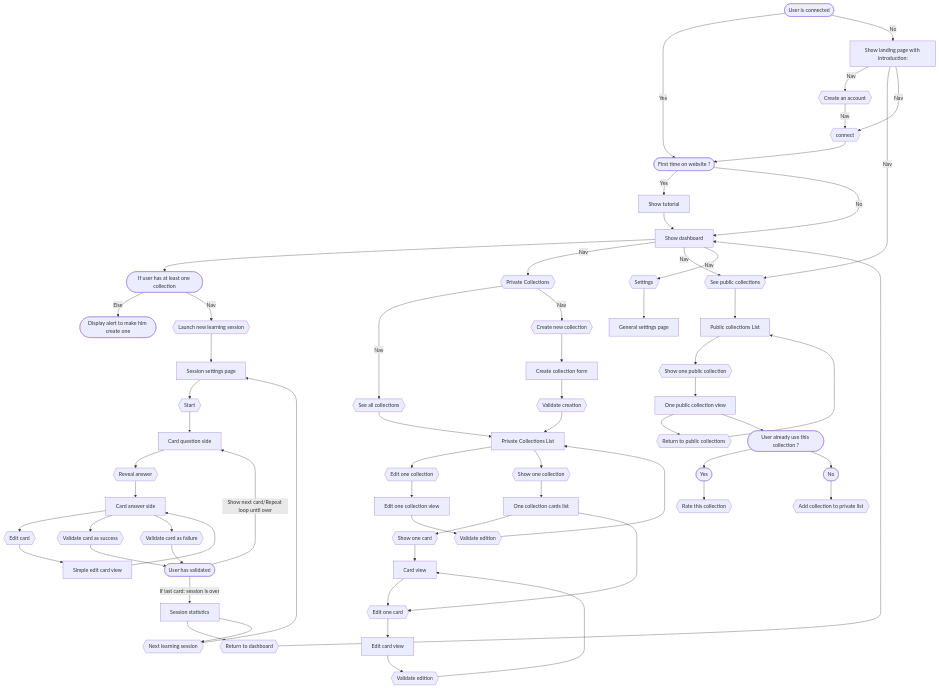
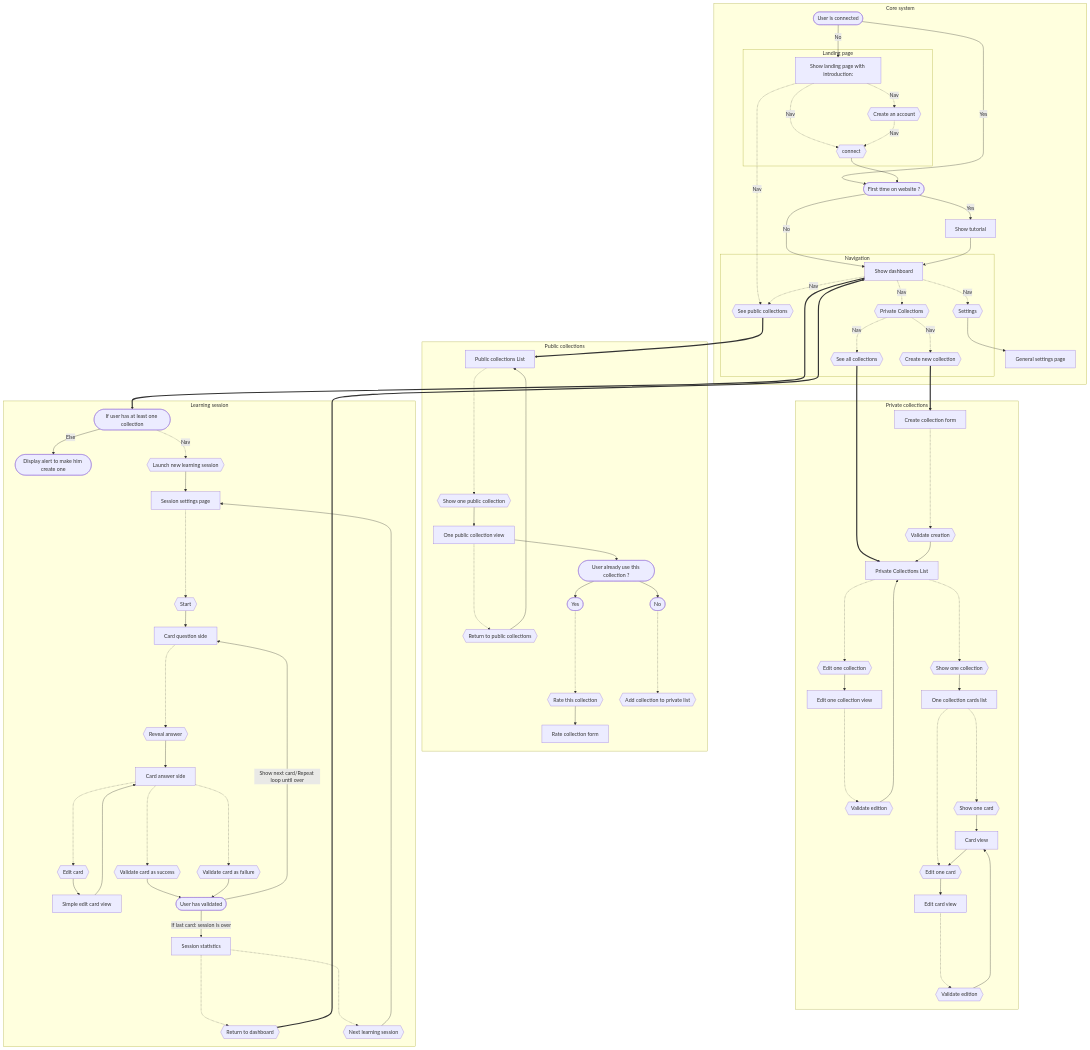
One commit to Xavier-lamy/flash-cards changed the first of 2 diagrams in annexes/project-planning.md. Above: the diagram before and after it, drawn with Mermaid. The commit also changed other lines of this file and 1 other file, not shown here.

Commit message:
Finished relationnal schemas, and phases organisations

````diff
--- a/annexes/project-planning.md
+++ b/annexes/project-planning.md
@@ -421,69 +423,86 @@
 ```mermaid
-flowchart TD
-    ISLOGGED([User is connected]) -- Yes --> FIRSTTIME([First time on website ?])
-    ISLOGGED -- No --> LAND[Show landing page with introduction:]
-    LAND -- Nav --> REGISTER{{Create an account}}
-    LAND -- Nav --> E{{See public collections}}
-    LAND -- Nav --> LOGIN{{connect}}
-    REGISTER -- Nav --> LOGIN
-    FIRSTTIME -- Yes --> G[Show tutorial]
-    FIRSTTIME -- No --> DASH[Show dashboard]
-    DASH --> DASHCOLORNOT([If user has at least one collection])
-    DASHCOLORNOT -- Else --> DASHALERT([Display alert to make him create one])
-    DASHCOLORNOT -- Nav --> I{{Launch new learning session}}
-    DASH -- Nav --> J{{Private Collections}}
-    J -- Nav --> N{{See all collections}}
-    N --> NA[Private Collections List]
-    NA --> NI{{Edit one collection}}
-    NI --> NJ[Edit one collection view]
-    NJ --> NK{{Validate edition}}
-    NK --> NA
-    NA --> NB{{Show one collection}}
-    NB --> NC[One collection cards list]
-    NC --> ND{{Show one card}}
-    NC --> NE{{Edit one card}}
-    ND --> NF[Card view]
-    NF --> NE
-    NE --> NG[Edit card view]
-    NG --> NH{{Validate edition}}
-    NH --> NF
-    J -- Nav --> K{{Create new collection}}
-    K --> KA[Create collection form]
-    KA --> KB{{Validate creation}}
-    KB --> NA
-    DASH -- Nav --> E
-    DASH -- Nav --> M{{Settings}}
-    M --> SETT[General settings page]
-    G --> DASH
-    LOGIN --> FIRSTTIME
-    E --> L[Public collections List]
-    L --> LA{{Show one public collection}}
-    LA --> LB[One public collection view]
-    LB --> LBA{{Return to public collections}}
-    LBA --> L
-    LB --> LC([User already use this collection ?])
-    LC --> LCYES([Yes])
-    LC --> LCNO([No])
-    LCYES --> LD{{Rate this collection}}
-    LCNO --> LE{{Add collection to private list}}
-    I --> O[Session settings page]
-    O --> P{{Start}}
-    P --> PA[Card question side]
-    PA --> PB{{Reveal answer}}
-    PB --> PC[Card answer side]
-    PC --> PD{{Edit card}}
-    PD --> PG[Simple edit card view]
-    PG --> PC
-    PC --> PE{{Validate card as success}}
-    PE --> PH([User has validated])
-    PC --> PF{{Validate card as failure}}
-    PF --> PH
-    PH -- Show next card/Repeat loop until over --> PA
-    PH -- If last card: session is over --> PI[Session statistics]
-    PI --> PJ{{Return to dashboard}}
-    PI --> PK{{Next learning session}}
-    PK --> O
-    PJ --> DASH
+flowchart TB
+    subgraph front [Core system]
+      ISLOGGED([User is connected]) -- Yes --> FIRSTTIME([First time on website ?])
+      ISLOGGED -- No --> LAND[Show landing page with introduction:]
 
+        subgraph landing [Landing page]
+          LAND -. Nav .-> REGISTER{{Create an account}}
+          LAND -. Nav .-> LOGIN{{connect}}
+        end
 
+      REGISTER -. Nav .-> LOGIN
+      FIRSTTIME -- Yes --> TUTO[Show tutorial]
+      FIRSTTIME -- No --> DASH[Show dashboard]
+      NAVSETT --> SETT[General settings page]
+      TUTO --> DASH
+      LOGIN --> FIRSTTIME
+
+      subgraph navigation [Navigation]
+        LAND -. Nav .-> NAVPUBCOLL{{See public collections}}
+        DASH -. Nav .-> NAVPUBCOLL
+        DASH -. Nav .-> NAVSETT{{Settings}}
+        DASH -. Nav .-> NAVPRIV{{Private Collections}}
+        NAVPRIV -. Nav .-> NAVPRIVCREATE{{Create new collection}}
+        NAVPRIV -. Nav .-> ALLPRIVCOLL{{See all collections}}
+      end
+    end
+
+    subgraph privates [Private collections]
+      ALLPRIVCOLL ==> PRIVCOLLLIST[Private Collections List]
+      PRIVCOLLLIST -...-> NAVEDITONECOLL{{Edit one collection}}
+      NAVEDITONECOLL --> EDITONECOLL[Edit one collection view]
+      EDITONECOLL -...-> NAVVALIDEDIT{{Validate edition}}
+      NAVVALIDEDIT --> PRIVCOLLLIST
+      PRIVCOLLLIST -...-> NAVSHOWONECOLL{{Show one collection}}
+      NAVSHOWONECOLL --> ONECOLLCARDLIST[One collection cards list]
+      ONECOLLCARDLIST -...-> NAVSHOWCARD{{Show one card}}
+      ONECOLLCARDLIST -...-> NAVEDITPRIVCARD{{Edit one card}}
+      NAVSHOWCARD --> PRIVCARD[Card view]
+      PRIVCARD --> NAVEDITPRIVCARD
+      NAVEDITPRIVCARD --> EDITPRIVCARD[Edit card view]
+      EDITPRIVCARD -...-> NAVVALIDEDITPRIVCARD{{Validate edition}}
+      NAVVALIDEDITPRIVCARD --> PRIVCARD
+      NAVPRIVCREATE ==> CRECOLLFORM[Create collection form]
+      CRECOLLFORM -...-> NAVVALIDCRECOLL{{Validate creation}}
+      NAVVALIDCRECOLL --> PRIVCOLLLIST
+    end
+
+    subgraph publics [Public collections]
+      NAVPUBCOLL ==> PUBCOLLIST[Public collections List]
+      PUBCOLLIST -...-> SHOWONE{{Show one public collection}}
+      SHOWONE --> ONEPUBCOLL[One public collection view]
+      ONEPUBCOLL -...-> RETURNLIST{{Return to public collections}}
+      RETURNLIST --> PUBCOLLIST
+      ONEPUBCOLL --> USERUSEIT([User already use this collection ?])
+      USERUSEIT --> USERUSEITYES([Yes])
+      USERUSEIT --> USERUSEITNO([No])
+      USERUSEITYES -...-> RATECOLL{{Rate this collection}}
+      USERUSEITNO -...-> MAKEPRIVATE{{Add collection to private list}}
+      RATECOLL --> RATECOLLFORM[Rate collection form]
+    end
+
+    subgraph session [Learning session]
+      DASH ====> IFUSERHASCOLL([If user has at least one collection])
+      IFUSERHASCOLL -- Else --> DASHALERT([Display alert to make him create one])
+      IFUSERHASCOLL -. Nav .-> I{{Launch new learning session}}
+      I --> O[Session settings page]
+      O -...-> P{{Start}}
+      P --> PA[Card question side]
+      PA -...-> PB{{Reveal answer}}
+      PB --> PC[Card answer side]
+      PC -...-> PD{{Edit card}}
+      PD --> PG[Simple edit card view]
+      PG --> PC
+      PC -...-> PE{{Validate card as success}}
+      PE --> PH([User has validated])
+      PC -...-> PF{{Validate card as failure}}
+      PF --> PH
+      PH -- Show next card/Repeat loop until over --> PA
+      PH -- If last card: session is over --> PI[Session statistics]
+      PI -...-> PJ{{Return to dashboard}}
+      PI -...-> PK{{Next learning session}}
+      PK --> O
+      PJ ====> DASH
+    end
 ```
````
